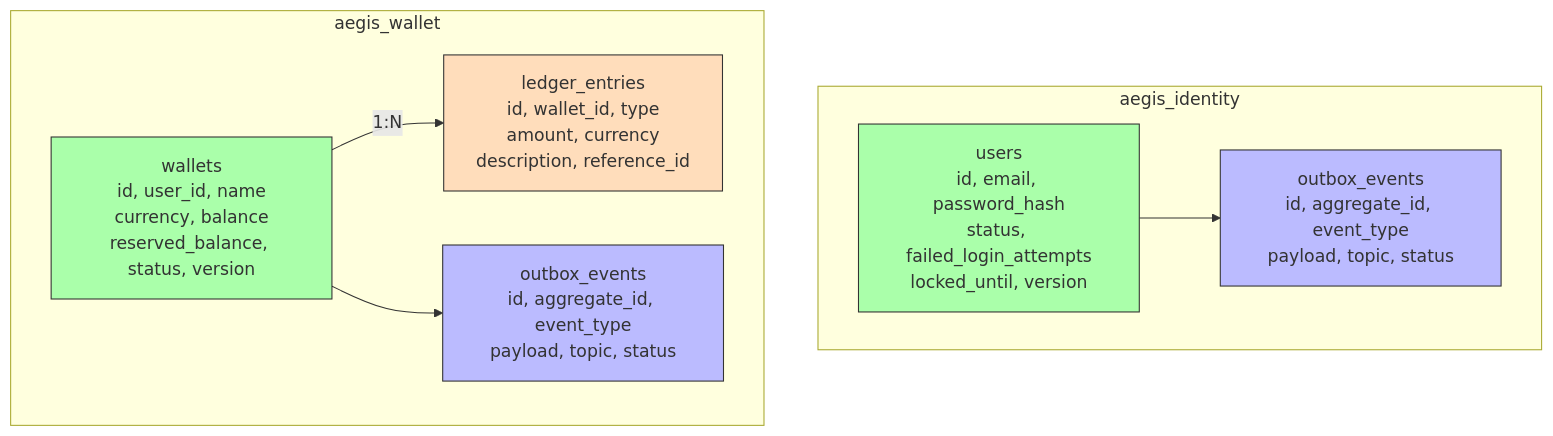
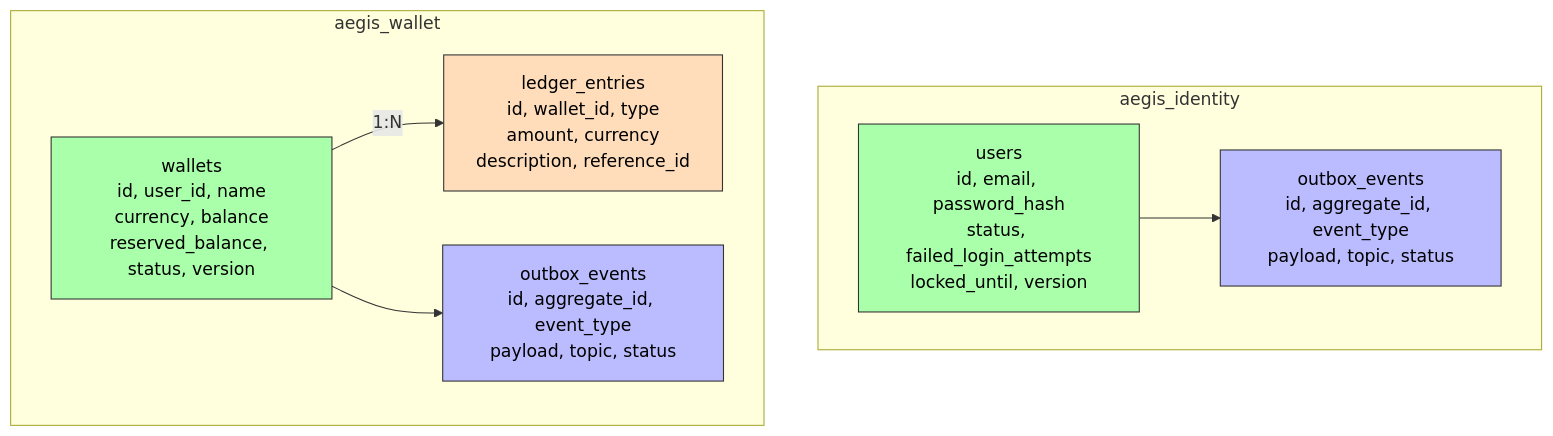
One commit to AlexAlvarezGallardo-GitHub/Aegis changed the diagram in docs/obsidian/05 - Infrastructure/Database Schema.md. Above: the diagram before and after it, drawn with Mermaid. The commit also changed 26 other files, not shown here.

Commit message:
docs(infra): add color to mermaid nodes for dark mode readability

````diff
--- a/docs/obsidian/05 - Infrastructure/Database Schema.md
+++ b/docs/obsidian/05 - Infrastructure/Database Schema.md
@@ -9,20 +9,20 @@
 ```mermaid
 graph TB
     subgraph "aegis_identity"
         Users["users<br/>id, email, password_hash<br/>status, failed_login_attempts<br/>locked_until, version"]
         OutboxI["outbox_events<br/>id, aggregate_id, event_type<br/>payload, topic, status"]
     end
     subgraph "aegis_wallet"
         Wallets["wallets<br/>id, user_id, name<br/>currency, balance<br/>reserved_balance, status, version"]
         Ledger["ledger_entries<br/>id, wallet_id, type<br/>amount, currency<br/>description, reference_id"]
         OutboxW["outbox_events<br/>id, aggregate_id, event_type<br/>payload, topic, status"]
     end
     Wallets -->|"1:N"| Ledger
     Users --> OutboxI
     Wallets --> OutboxW
-    style Users fill:#afa,stroke:#333
-    style Wallets fill:#afa,stroke:#333
-    style Ledger fill:#fdb,stroke:#333
-    style OutboxI fill:#bbf,stroke:#333
-    style OutboxW fill:#bbf,stroke:#333
+    style Users fill:#afa,stroke:#333,color:#000
+    style Wallets fill:#afa,stroke:#333,color:#000
+    style Ledger fill:#fdb,stroke:#333,color:#000
+    style OutboxI fill:#bbf,stroke:#333,color:#000
+    style OutboxW fill:#bbf,stroke:#333,color:#000
 ```
````
